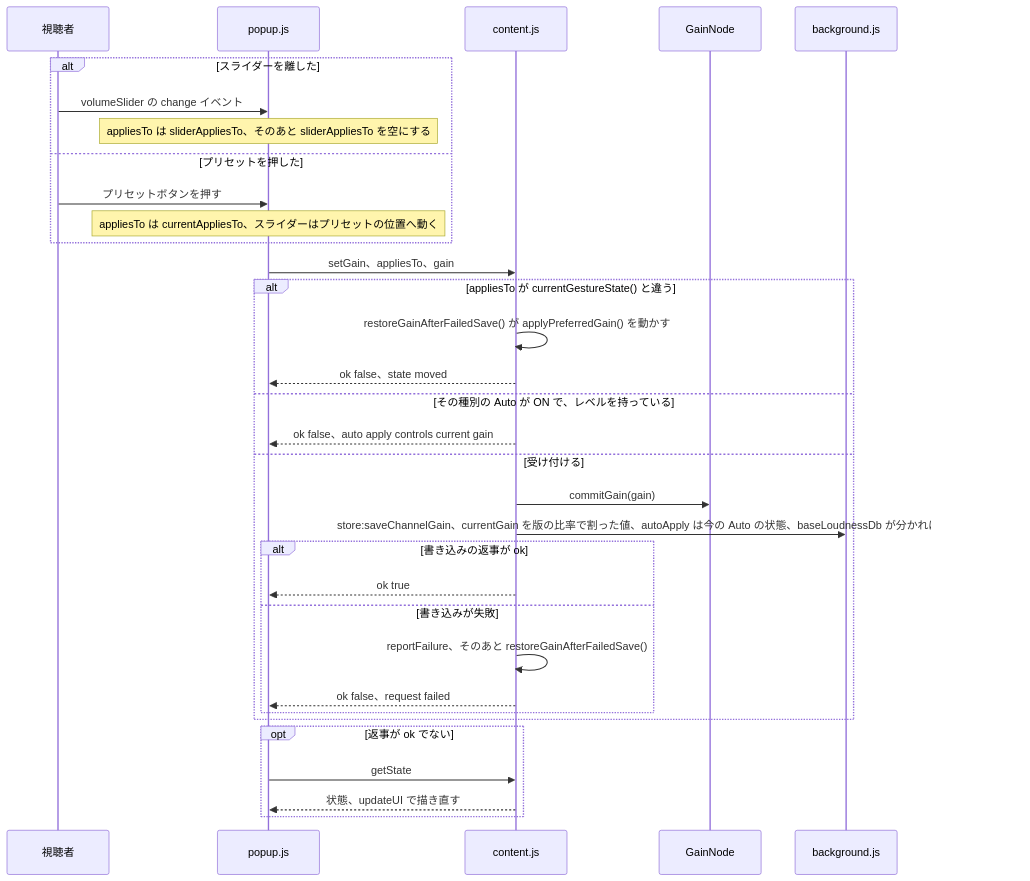
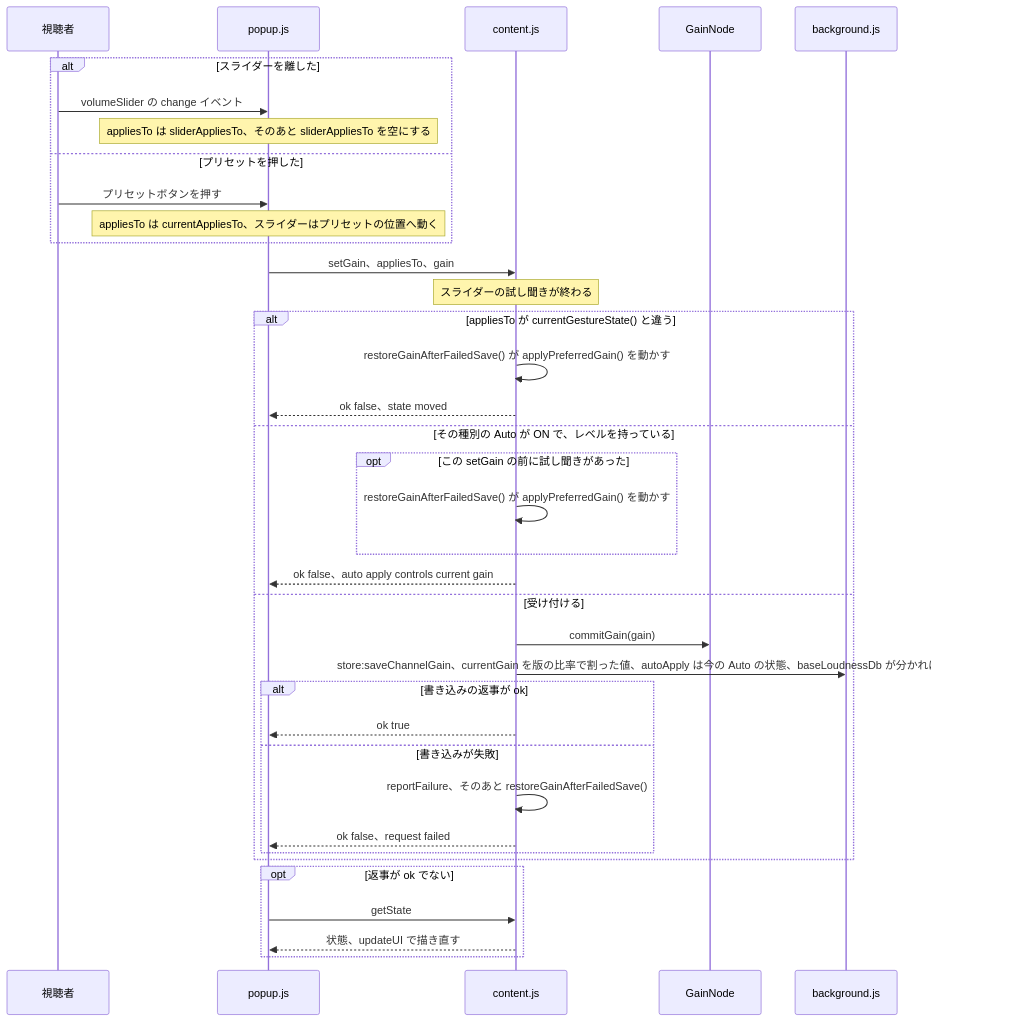
One commit to semnil/yt-channel-volume changed the fourth of 14 diagrams in docs/gain-change-and-save.ja.md. Above: the diagram before and after it, drawn with Mermaid. The commit also changed other lines of this file and 5 other files, not shown here.

````diff
--- a/docs/gain-change-and-save.ja.md
+++ b/docs/gain-change-and-save.ja.md
@@ -197,35 +201,39 @@
 ```mermaid
 sequenceDiagram
   participant V as 視聴者
   participant P as popup.js
   participant C as content.js
   participant G as GainNode
   participant W as background.js
   alt スライダーを離した
     V->>P: volumeSlider の change イベント
     Note over P: appliesTo は sliderAppliesTo、そのあと sliderAppliesTo を空にする
   else プリセットを押した
     V->>P: プリセットボタンを押す
     Note over P: appliesTo は currentAppliesTo、スライダーはプリセットの位置へ動く
   end
   P->>C: setGain、appliesTo、gain
+  Note over C: スライダーの試し聞きが終わる
   alt appliesTo が currentGestureState() と違う
     C->>C: restoreGainAfterFailedSave() が applyPreferredGain() を動かす
     C-->>P: ok false、state moved
   else その種別の Auto が ON で、レベルを持っている
+    opt この setGain の前に試し聞きがあった
+      C->>C: restoreGainAfterFailedSave() が applyPreferredGain() を動かす
+    end
     C-->>P: ok false、auto apply controls current gain
   else 受け付ける
     C->>G: commitGain(gain)
     C->>W: store:saveChannelGain、currentGain を版の比率で割った値、autoApply は今の Auto の状態、baseLoudnessDb が分かれば heldAgainstPlain
     alt 書き込みの返事が ok
       C-->>P: ok true
     else 書き込みが失敗
       C->>C: reportFailure、そのあと restoreGainAfterFailedSave()
       C-->>P: ok false、request failed
     end
   end
   opt 返事が ok でない
     P->>C: getState
     C-->>P: 状態、updateUI で描き直す
   end
 ```
````
